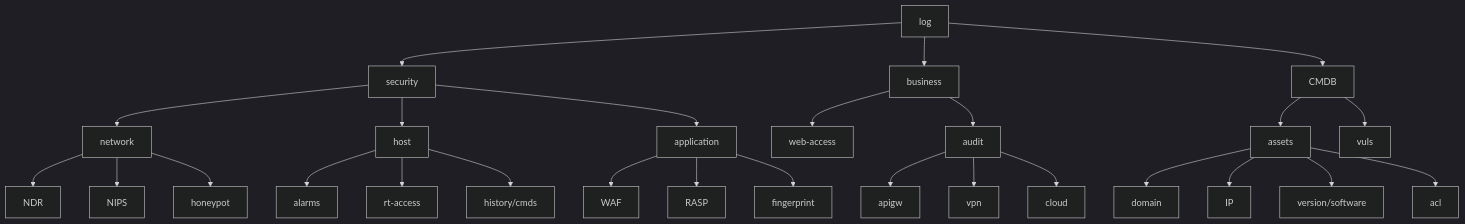
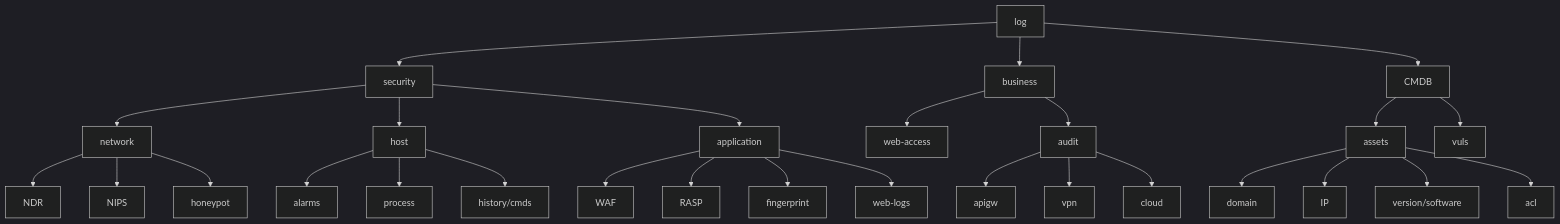
The diagram in Defense/Security-Operation/IPDRR/Detect/Log-integration/README.md (Jayway007/Offense-and-Defense), drawn with Mermaid (dark theme) before and after one commit.

````diff
--- a/Defense/Security-Operation/IPDRR/Detect/Log-integration/README.md
+++ b/Defense/Security-Operation/IPDRR/Detect/Log-integration/README.md
@@ -6,38 +6,39 @@
  ```mermaid
 graph TD;
     log-->security;
     log-->business;
     log-->CMDB;
     
     CMDB-->assets;
     CMDB-->vuls;
     
     assets-->domain;
     assets-->IP;
     assets-->version/software;
     assets-->acl;
     
     business-->web-access;
     business-->audit;
     audit-->apigw;
     audit-->vpn;
     audit-->cloud;
     
     security-->network;
     security-->host;
     security-->application;
     
     host-->alarms;
-    host-->rt-access;
+    host-->process;
     host-->history/cmds;
     
     
     network-->NDR;
     network-->NIPS;
     network-->honeypot;
     
     application-->WAF;
     application-->RASP;
     application-->fingerprint;
+    application-->web-logs;
     
 ```
````
